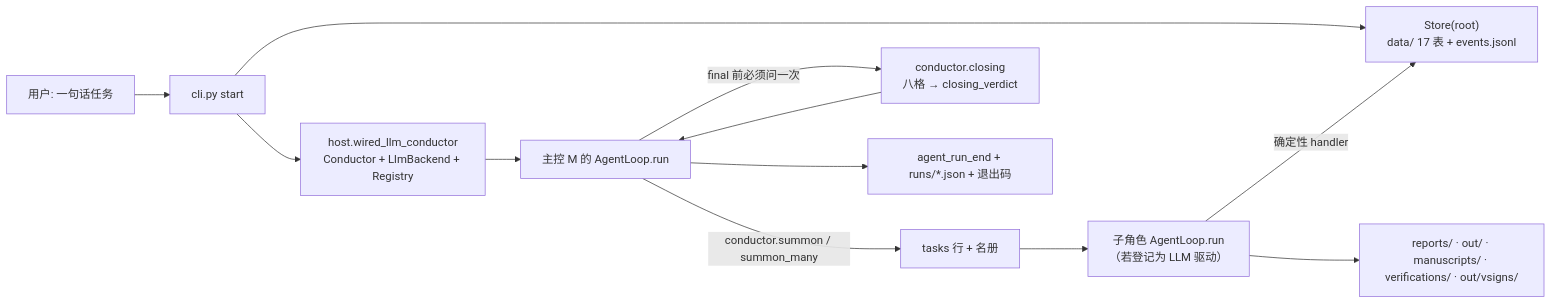
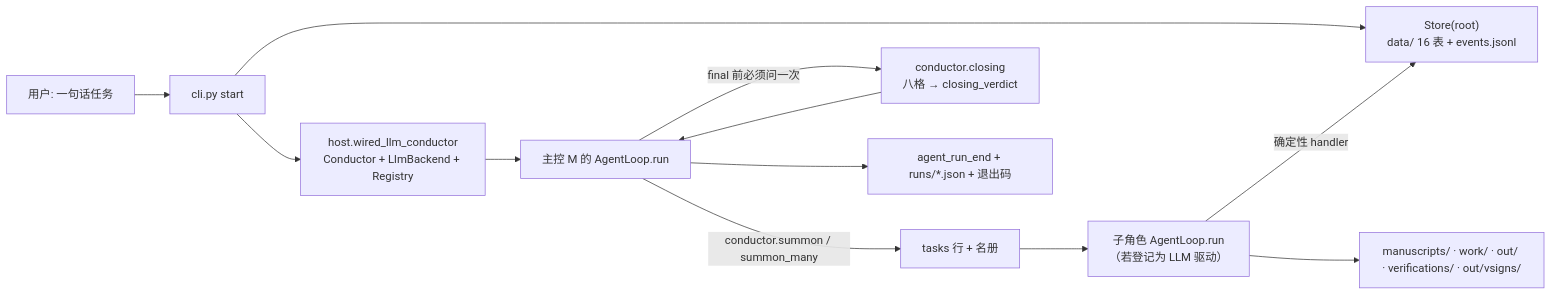
One commit to yujake/Incubator changed the diagram in agentflow/docs/SYSTEM-INTRO.md. Above: the diagram before and after it, drawn with Mermaid. The commit also changed other lines of this file and 44 other files, not shown here.

````diff
--- a/agentflow/docs/SYSTEM-INTRO.md
+++ b/agentflow/docs/SYSTEM-INTRO.md
@@ -95,14 +95,14 @@
 ```mermaid
 flowchart LR
   U[用户: 一句话任务] --> CLI["cli.py start"]
-  CLI --> ST["Store(root)<br/>data/ 17 表 + events.jsonl"]
+  CLI --> ST["Store(root)<br/>data/ 16 表 + events.jsonl"]
   CLI --> HOST["host.wired_llm_conductor<br/>Conductor + LlmBackend + Registry"]
   HOST --> M["主控 M 的 AgentLoop.run"]
   M -->|conductor.summon / summon_many| T["tasks 行 + 名册"]
   T --> SUB["子角色 AgentLoop.run<br/>（若登记为 LLM 驱动）"]
   SUB -->|确定性 handler| ST
-  SUB --> OUT["reports/ · out/ · manuscripts/ · verifications/ · out/vsigns/"]
+  SUB --> OUT["manuscripts/ · work/ · out/ · verifications/ · out/vsigns/"]
   M -->|final 前必须问一次| GATE["conductor.closing<br/>八格 → closing_verdict"]
   GATE --> M
   M --> END["agent_run_end + runs/*.json + 退出码"]
 ```
````
